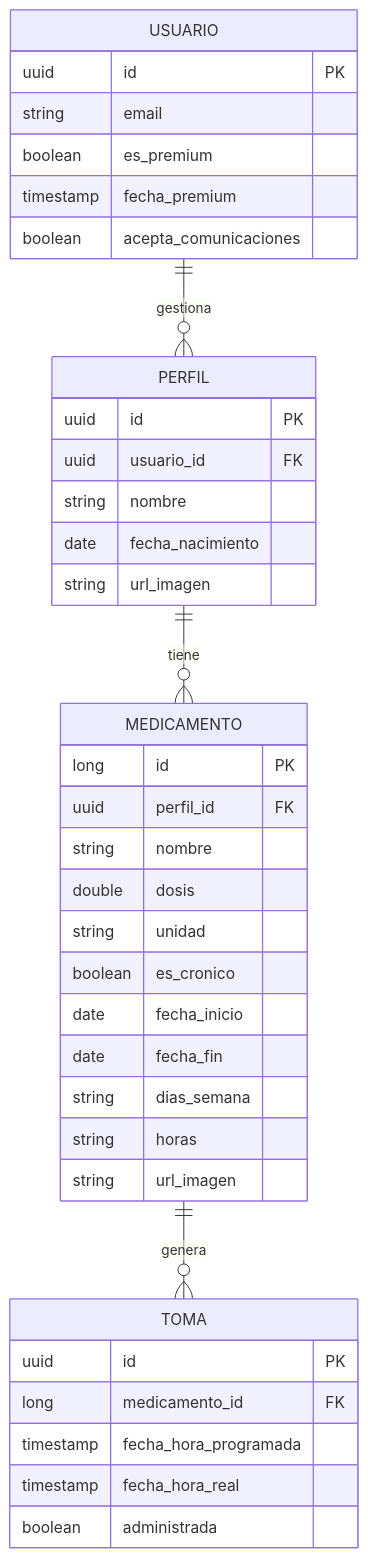
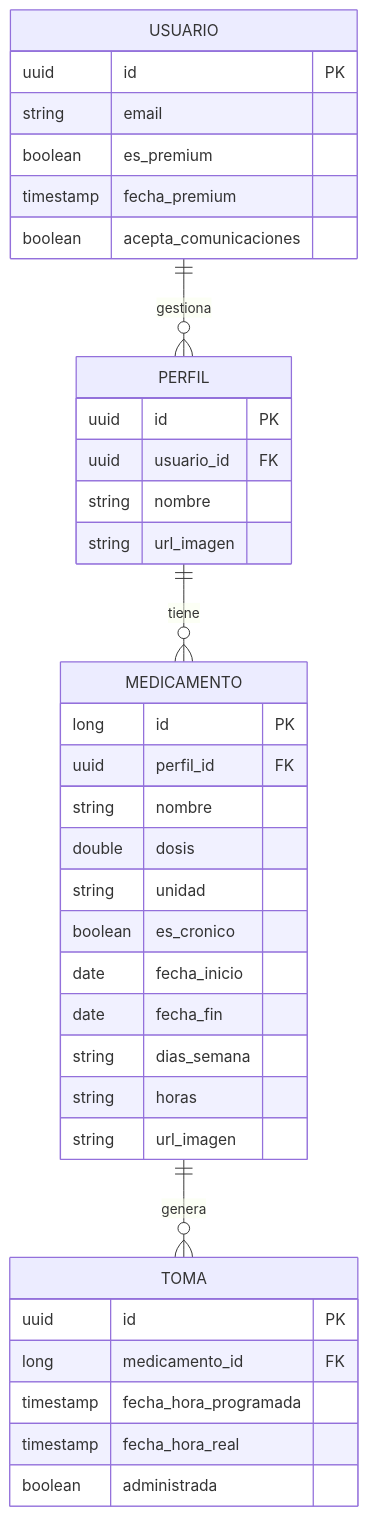
One commit to arodriguezvaz/PillRemind changed the second of 2 diagrams in doc/templates/3_deseño.md. Above: the diagram before and after it, drawn with Mermaid.

Commit message:
Diseño BD actualizado

````diff
--- a/doc/templates/3_deseño.md
+++ b/doc/templates/3_deseño.md
@@ -18,41 +18,40 @@
 ```mermaid
 erDiagram
   USUARIO {
     uuid id PK
     string email
     boolean es_premium
     timestamp fecha_premium
     boolean acepta_comunicaciones
   }
   PERFIL {
     uuid id PK
     uuid usuario_id FK
     string nombre
-    date fecha_nacimiento
     string url_imagen
   }
   MEDICAMENTO {
     long id PK
     uuid perfil_id FK
     string nombre
     double dosis
     string unidad
     boolean es_cronico
     date fecha_inicio
     date fecha_fin
     string dias_semana
     string horas
     string url_imagen
   }
   TOMA {
     uuid id PK
     long medicamento_id FK
     timestamp fecha_hora_programada
     timestamp fecha_hora_real
     boolean administrada
   }
 
   USUARIO ||--o{ PERFIL : gestiona
   PERFIL ||--o{ MEDICAMENTO : tiene
   MEDICAMENTO ||--o{ TOMA : genera
 ```
````
